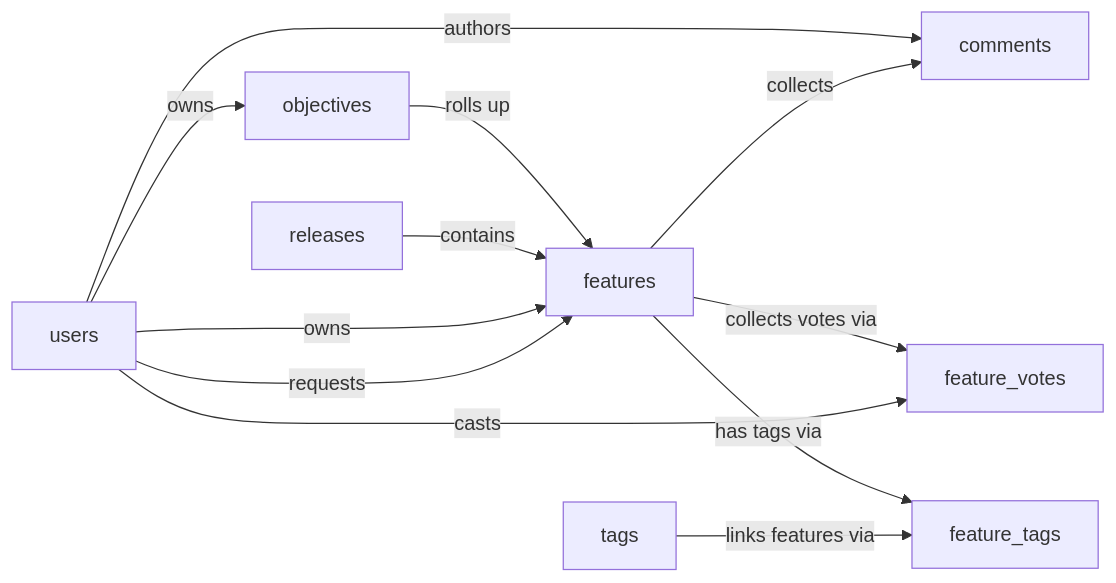
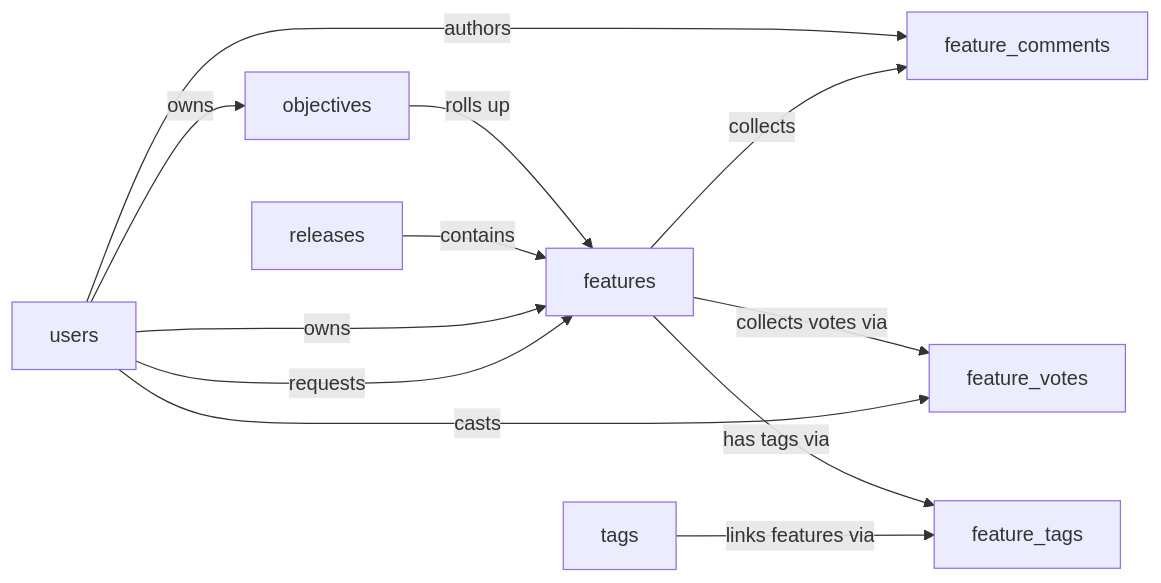
The diagram in models/product_roadmap-semantic-model.md (semantius/semantius), drawn with Mermaid before and after one commit. The commit also changed other lines of this file and 39 other files, not shown here.

````diff
--- a/models/product_roadmap-semantic-model.md
+++ b/models/product_roadmap-semantic-model.md
@@ -53,14 +53,14 @@
 ```mermaid
 flowchart LR
     objectives -->|rolls up| features
     releases -->|contains| features
     users -->|owns| objectives
     users -->|owns| features
     users -->|requests| features
-    users -->|authors| comments
-    features -->|collects| comments
+    users -->|authors| feature_comments
+    features -->|collects| feature_comments
     features -->|collects votes via| feature_votes
     users -->|casts| feature_votes
     features -->|has tags via| feature_tags
     tags -->|links features via| feature_tags
 ```
````
